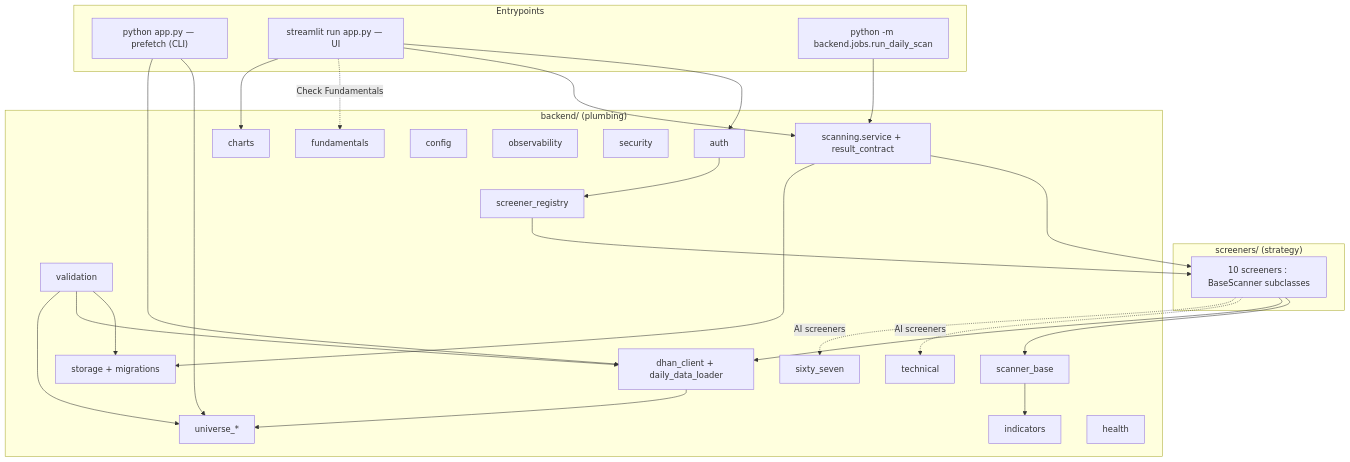
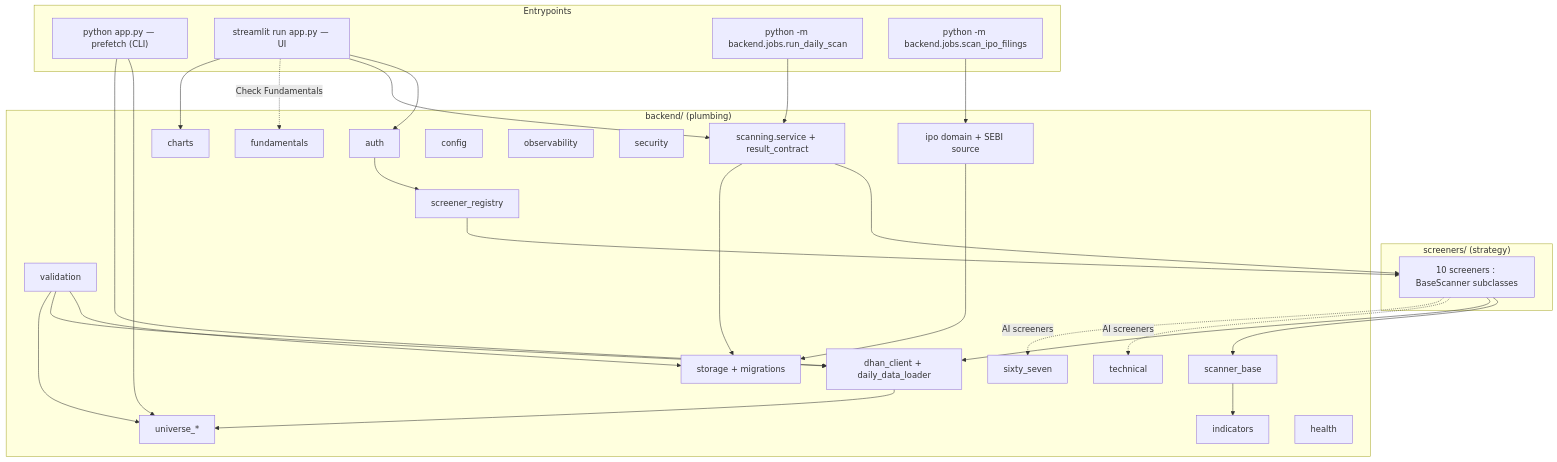
One commit to DoRmAmMu1997/Streamlit-Scanner-App changed the second of 6 diagrams in docs/architecture/high-level-design.md. Above: the diagram before and after it, drawn with Mermaid. The commit also changed other lines of this file, not shown here.

Commit message:
docs: wire IPO subsystem through the HLD

````diff
--- a/docs/architecture/high-level-design.md
+++ b/docs/architecture/high-level-design.md
@@ -67,29 +86,32 @@
 ```mermaid
 flowchart TB
     subgraph Entrypoints
       PRE["python app.py — prefetch (CLI)"]
       UI["streamlit run app.py — UI"]
       JOB["python -m backend.jobs.run_daily_scan"]
+      IPOJOB["python -m backend.jobs.scan_ipo_filings"]
     end
     subgraph Strategy["screeners/ (strategy)"]
       SCR["10 screeners : BaseScanner subclasses"]
     end
     subgraph Backend["backend/ (plumbing)"]
       REG["screener_registry"]; BASE["scanner_base"]; IND["indicators"]
       DATA["dhan_client + daily_data_loader"]; UNI["universe_*"]
       SVC["scanning.service + result_contract"]; VAL["validation"]; STORE["storage + migrations"]
+      IPO["ipo domain + SEBI source"]
       AIF["fundamentals"]; AIT["technical"]; AI67["sixty_seven"]
       CH["charts"]; AUTH["auth"]; CFG["config"]; OBS["observability"]; SEC["security"]; HLT["health"]
     end
     PRE --> UNI & DATA
     UI --> AUTH --> REG --> SCR
     UI --> SVC; JOB --> SVC
+    IPOJOB --> IPO --> STORE
     SCR --> BASE --> IND
     SVC --> SCR --> DATA --> UNI
     SVC --> STORE
     VAL --> STORE & DATA & UNI
     SCR -. AI screeners .-> AIT & AI67
     UI -. Check Fundamentals .-> AIF
     UI --> CH
     CFG & OBS & SEC --- Backend
 ```
````
